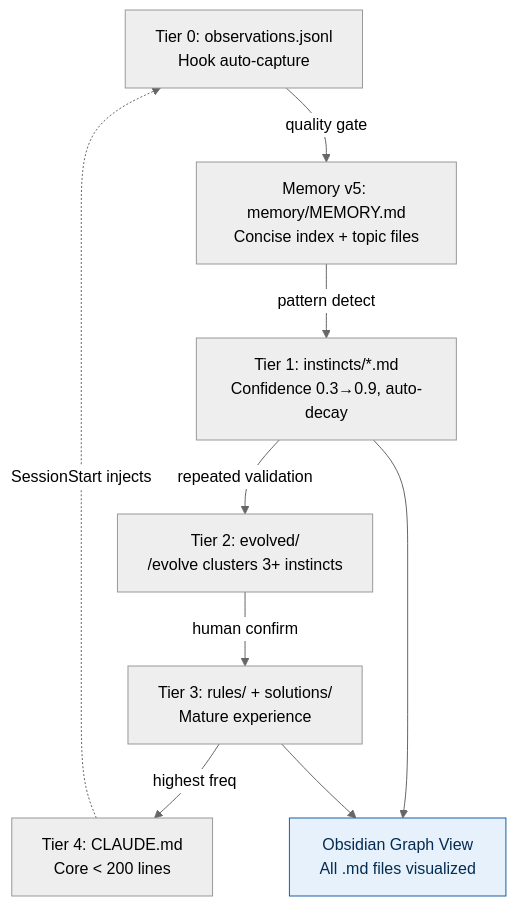
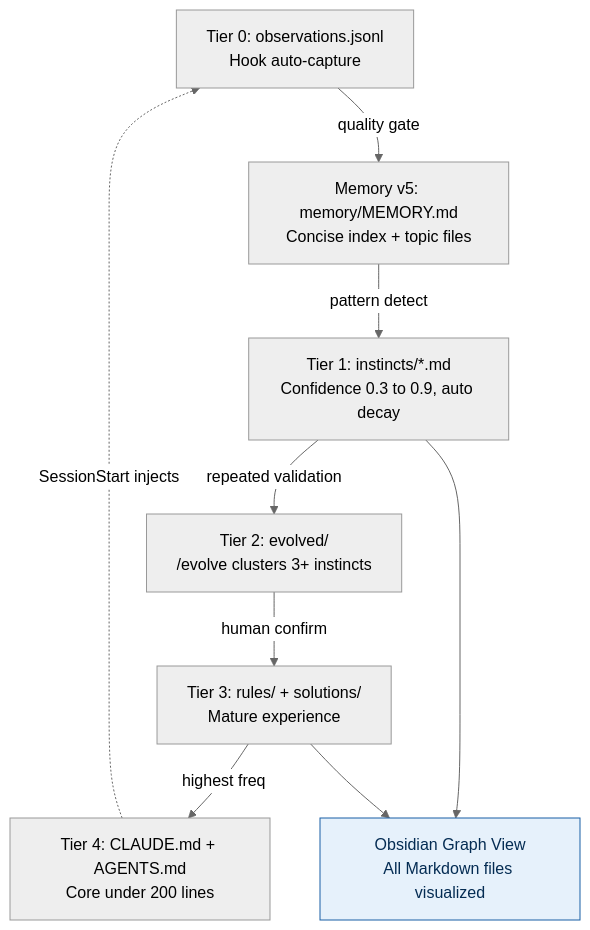
Before and after one commit to songuu/tech-persistence: the third of 6 diagrams in README.md, drawn with Mermaid (neutral theme). The commit also changed other lines of this file and 17 other files, not shown here.

First line of the commit message:
feat: unify Memory v5 handling for Claude and Codex with improved context injection

````diff
--- a/README.md
+++ b/README.md
@@ -112,21 +106,21 @@
 ```mermaid
 flowchart TD
-    T0["Tier 0: observations.jsonl\nHook auto-capture"]
-    M0["Memory v5: memory/MEMORY.md\nConcise index + topic files"]
-    T1["Tier 1: instincts/*.md\nConfidence 0.3→0.9, auto-decay"]
-    T2["Tier 2: evolved/\n/evolve clusters 3+ instincts"]
-    T3["Tier 3: rules/ + solutions/\nMature experience"]
-    T4["Tier 4: CLAUDE.md\nCore < 200 lines"]
-    OBS["Obsidian Graph View\nAll .md files visualized"]
+    T0["Tier 0: observations.jsonl<br/>Hook auto-capture"]
+    M0["Memory v5: memory/MEMORY.md<br/>Concise index + topic files"]
+    T1["Tier 1: instincts/*.md<br/>Confidence 0.3 to 0.9, auto decay"]
+    T2["Tier 2: evolved/<br/>/evolve clusters 3+ instincts"]
+    T3["Tier 3: rules/ + solutions/<br/>Mature experience"]
+    T4["Tier 4: CLAUDE.md + AGENTS.md<br/>Core under 200 lines"]
+    OBS["Obsidian Graph View<br/>All Markdown files visualized"]
 
     T0 -->|"quality gate"| M0
     M0 -->|"pattern detect"| T1
     T1 -->|"repeated validation"| T2
     T2 -->|"human confirm"| T3
     T3 -->|"highest freq"| T4
     T4 -.->|"SessionStart injects"| T0
     T1 --> OBS
     T3 --> OBS
 
     style OBS fill:#E6F1FB,stroke:#185FA5,color:#042C53
 ```
````
